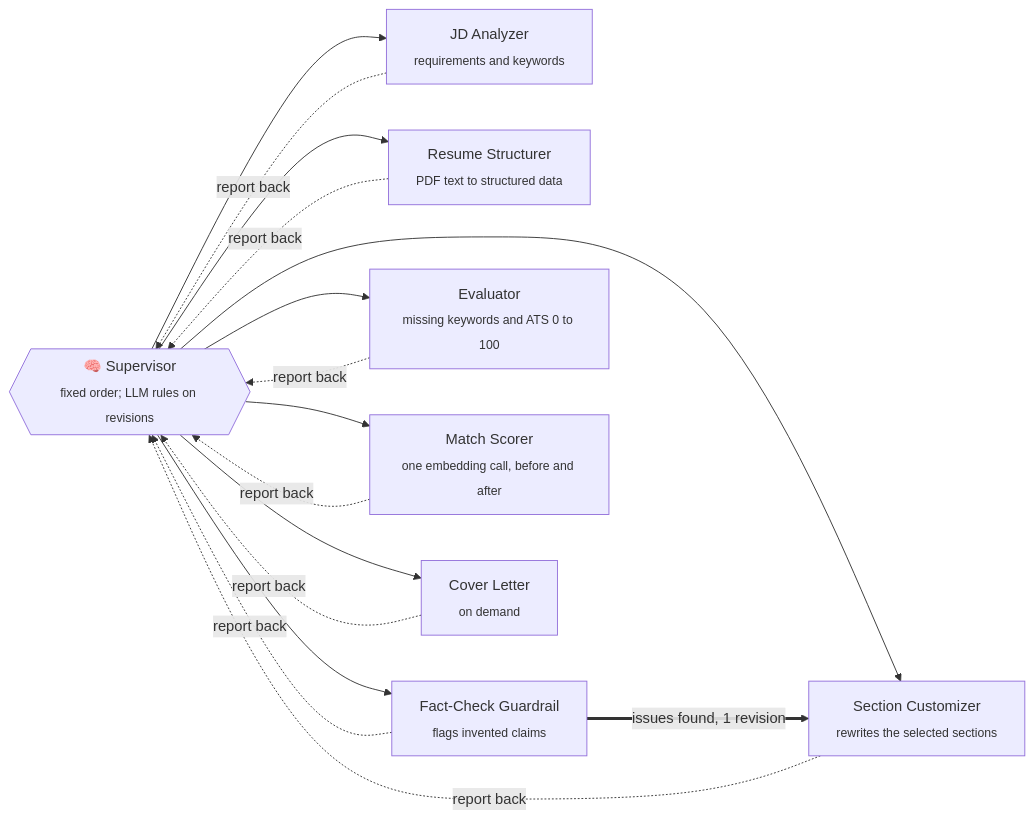
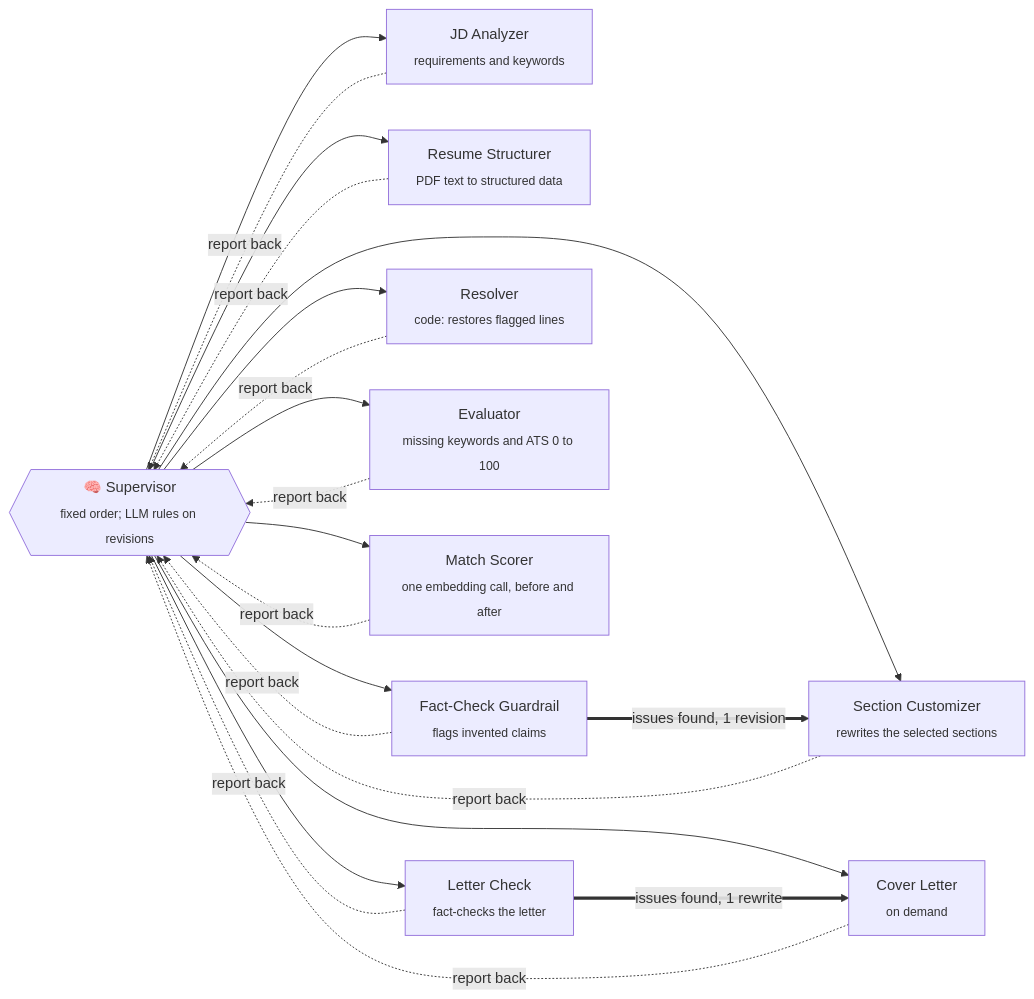
One commit to suryanshparashar/patra-shilpi changed the first of 3 diagrams in README.md. Above: the diagram before and after it, drawn with Mermaid. The commit also changed other lines of this file and 53 other files, not shown here.

First line of the commit message:
Enhance resume and cover letter processing with fact-checking and provenance tracking

````diff
--- a/README.md
+++ b/README.md
@@ -94,15 +96,18 @@
 ```mermaid
 flowchart LR
     S{{"🧠 Supervisor<br/><sub>fixed order; LLM rules on revisions</sub>"}}
 
     S --> JD["JD Analyzer<br/><sub>requirements and keywords</sub>"]
     S --> RS["Resume Structurer<br/><sub>PDF text to structured data</sub>"]
     S --> SC["Section Customizer<br/><sub>rewrites the selected sections</sub>"]
     S --> GR["Fact-Check Guardrail<br/><sub>flags invented claims</sub>"]
+    S --> RV["Resolver<br/><sub>code: restores flagged lines</sub>"]
     S --> EV["Evaluator<br/><sub>missing keywords and ATS 0 to 100</sub>"]
     S --> MS["Match Scorer<br/><sub>one embedding call, before and after</sub>"]
     S --> CL["Cover Letter<br/><sub>on demand</sub>"]
+    S --> LC["Letter Check<br/><sub>fact-checks the letter</sub>"]
 
-    JD & RS & SC & GR & EV & MS & CL -.->|report back| S
+    JD & RS & SC & GR & RV & EV & MS & CL & LC -.->|report back| S
     GR ==>|issues found, 1 revision| SC
+    LC ==>|issues found, 1 rewrite| CL
 ```
````
